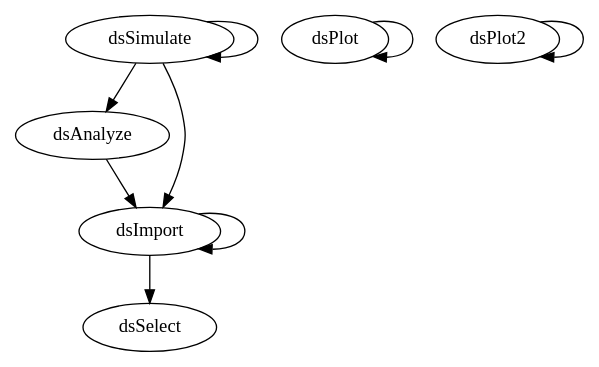
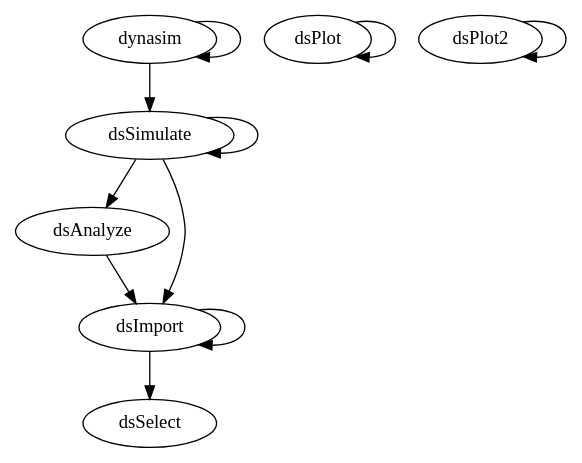
The diagram in function_reference/functions/graph.dot (DynaSim/docs), drawn with Graphviz before and after one commit. The commit also changed 283 other files, not shown here.

```diff
--- a/function_reference/functions/graph.dot
+++ b/function_reference/functions/graph.dot
@@ -1,18 +1,21 @@
 /* Created by mdot for Matlab */
 digraph m2html {
   dsAnalyze -> dsImport;
   dsImport -> dsImport;
   dsImport -> dsSelect;
   dsPlot -> dsPlot;
   dsPlot2 -> dsPlot2;
   dsSimulate -> dsAnalyze;
   dsSimulate -> dsImport;
   dsSimulate -> dsSimulate;
+  dynasim -> dsSimulate;
+  dynasim -> dynasim;
 
   dsAnalyze [URL="dsAnalyze.html"];
   dsImport [URL="dsImport.html"];
   dsPlot [URL="dsPlot.html"];
   dsPlot2 [URL="dsPlot2.html"];
   dsSelect [URL="dsSelect.html"];
   dsSimulate [URL="dsSimulate.html"];
+  dynasim [URL="dynasim.html"];
 }
```
